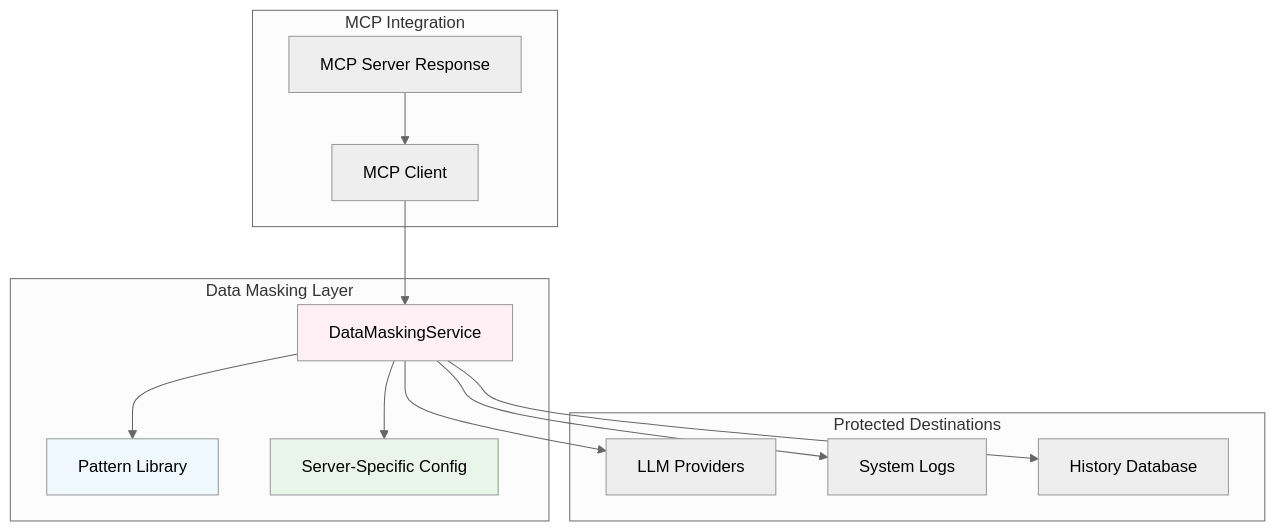
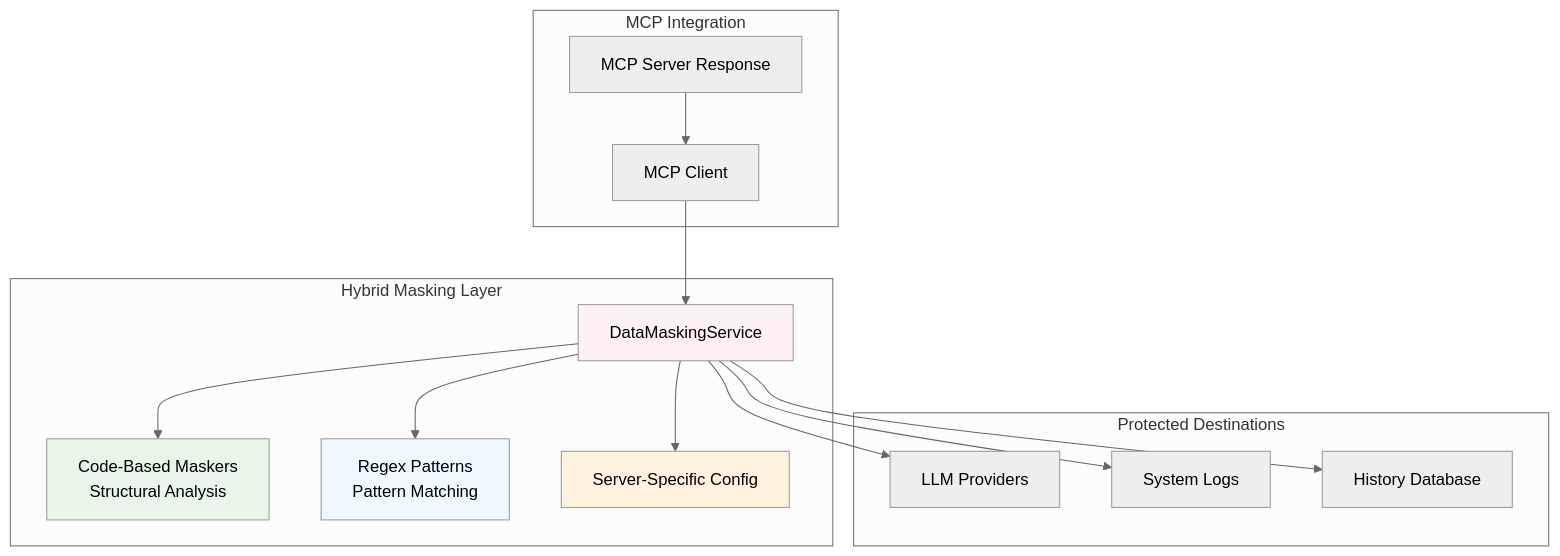
One commit to rsoaresd/tarsy-bot changed diagram 12 of 14 in docs/functional-areas-design.md. Above: the diagram before and after it, drawn with Mermaid (neutral theme). The commit also changed other lines of this file and 11 other files, not shown here.

Commit message:
Code-based data masking for Kube Secrets (#143)

````diff
--- a/docs/functional-areas-design.md
+++ b/docs/functional-areas-design.md
@@ -1636,32 +1636,35 @@
 ```mermaid
 graph TB
     subgraph "MCP Integration"
         MCP[MCP Server Response]
         Client[MCP Client]
     end
     
-    subgraph "Data Masking Layer"
+    subgraph "Hybrid Masking Layer"
         Masker[DataMaskingService]
-        Patterns[Pattern Library]
+        CodeMaskers[Code-Based Maskers<br/>Structural Analysis]
+        RegexPatterns[Regex Patterns<br/>Pattern Matching]
         Config[Server-Specific Config]
     end
     
     subgraph "Protected Destinations"
         LLM[LLM Providers]
         Logs[System Logs]
         DB[History Database]
     end
     
     MCP --> Client
     Client --> Masker
-    Masker --> Patterns
+    Masker --> CodeMaskers
+    Masker --> RegexPatterns
     Masker --> Config
     
     Masker --> LLM
     Masker --> Logs
     Masker --> DB
     
     style Masker fill:#fff0f5
-    style Patterns fill:#f0f8ff
-    style Config fill:#e8f5e8
+    style CodeMaskers fill:#e8f5e8
+    style RegexPatterns fill:#f0f8ff
+    style Config fill:#fff3e0
 ```
````
